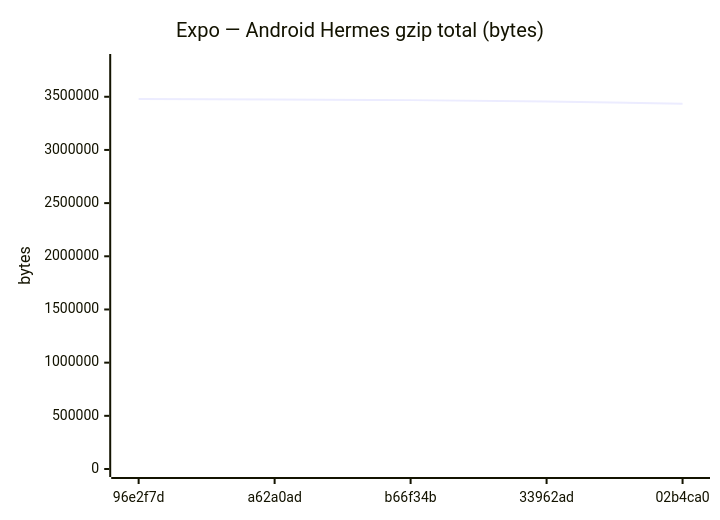
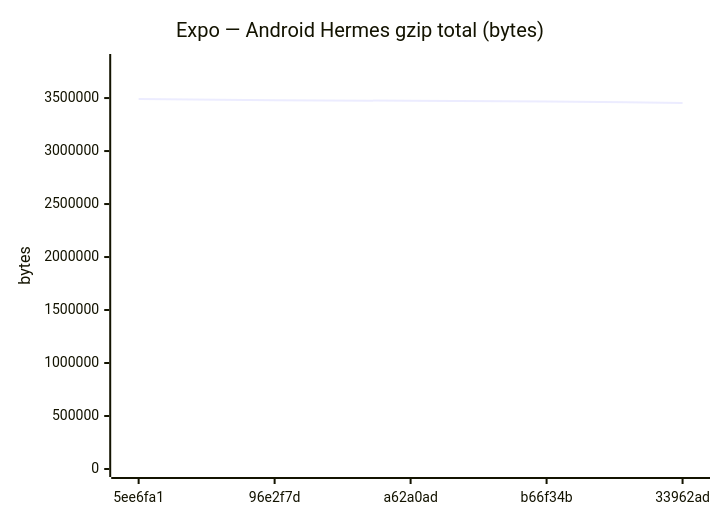
One commit to Metaheurist/Rianell changed diagram 11 of 18 in benchmarks/compare.md. Above: the diagram before and after it, drawn with Mermaid. The commit also changed other lines of this file and 11 other files, not shown here.

````diff
--- a/benchmarks/compare.md
+++ b/benchmarks/compare.md
@@ -172,7 +172,7 @@
 ```mermaid
 xychart-beta
     title "Expo — Android Hermes gzip total (bytes)"
-    x-axis ["96e2f7d", "a62a0ad", "b66f34b", "33962ad", "02b4ca0"]
-    y-axis "bytes" 0 --> 3826803
-    line [3478911, 3474606, 3468338, 3454266, 3434635]
+    x-axis ["5ee6fa1", "96e2f7d", "a62a0ad", "b66f34b", "33962ad"]
+    y-axis "bytes" 0 --> 3840223
+    line [3491111, 3478911, 3474606, 3468338, 3454266]
 ```
````
